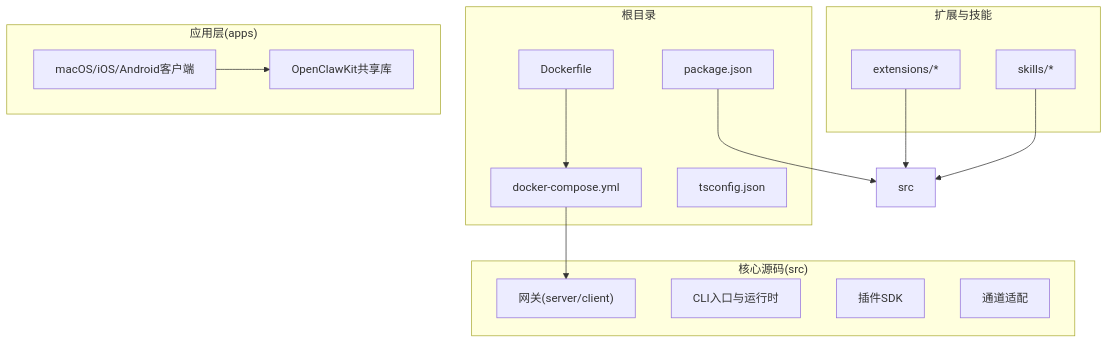
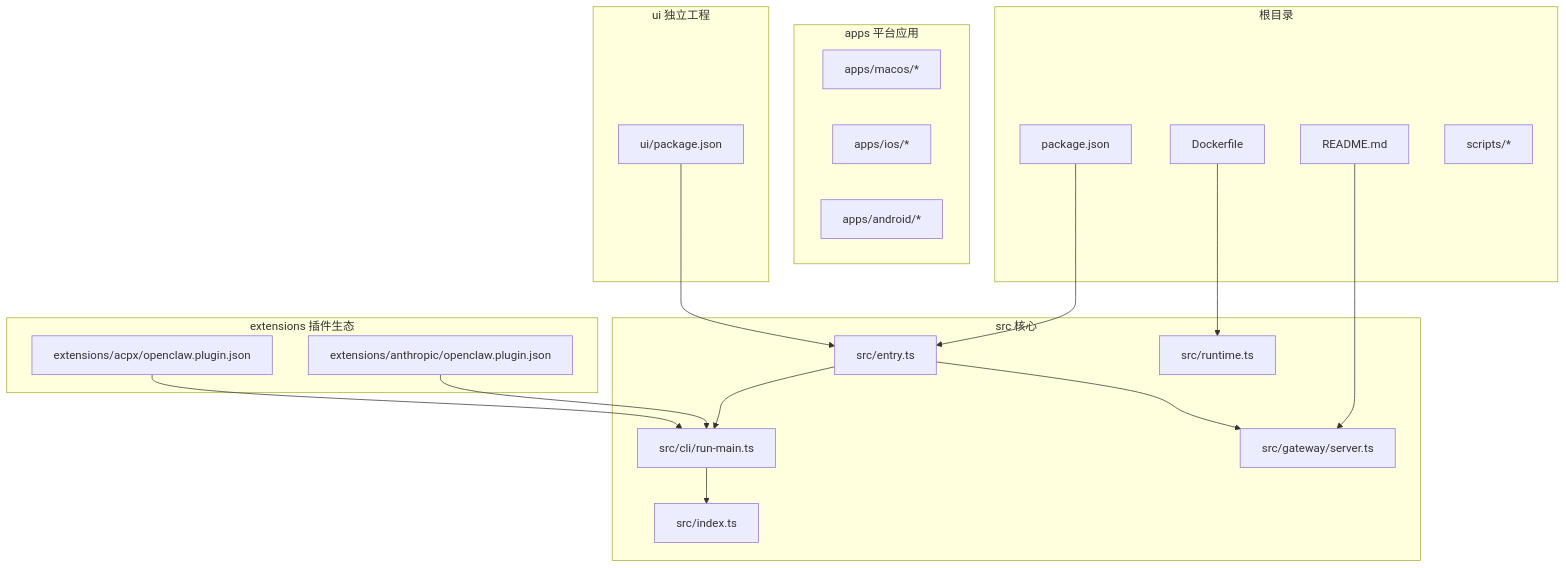
One commit to botx-work/OpenClaw-Internals changed the first of 7 diagrams in repowiki/zh/content/项目概述/技术栈.md. Above: the diagram before and after it, drawn with Mermaid. The commit also changed other lines of this file and 542 other files, not shown here.

````diff
--- a/repowiki/zh/content/项目概述/技术栈.md
+++ b/repowiki/zh/content/项目概述/技术栈.md
@@ -52,29 +54,37 @@
 ```mermaid
 graph TB
 subgraph "根目录"
 pkg["package.json"]
-dockerfile["Dockerfile"]
-dockercompose["docker-compose.yml"]
-tsconfig["tsconfig.json"]
+docker["Dockerfile"]
+readme["README.md"]
+scripts["scripts/*"]
 end
-subgraph "核心源码(src)"
-gateway["网关(server/client)"]
-cli["CLI入口与运行时"]
-pluginsdk["插件SDK"]
-channels["通道适配"]
+subgraph "src 核心"
+entry["src/entry.ts"]
+runtime["src/runtime.ts"]
+index_ts["src/index.ts"]
+cli_run["src/cli/run-main.ts"]
+gw_srv["src/gateway/server.ts"]
 end
-subgraph "扩展与技能"
-extensions["extensions/*"]
-skills["skills/*"]
+subgraph "extensions 插件生态"
+acpx["extensions/acpx/openclaw.plugin.json"]
+anthropic["extensions/anthropic/openclaw.plugin.json"]
 end
-subgraph "应用层(apps)"
-macos["macOS/iOS/Android客户端"]
-sharedkit["OpenClawKit共享库"]
+subgraph "apps 平台应用"
+macos_app["apps/macos/*"]
+ios_app["apps/ios/*"]
+android_app["apps/android/*"]
 end
-pkg --> src
-dockerfile --> dockercompose
-dockercompose --> gateway
-extensions --> src
-skills --> src
-macos --> sharedkit
+subgraph "ui 独立工程"
+ui_pkg["ui/package.json"]
+end
+pkg --> entry
+entry --> cli_run
+entry --> gw_srv
+cli_run --> index_ts
+docker --> runtime
+readme --> gw_srv
+acpx --> cli_run
+anthropic --> cli_run
+ui_pkg --> entry
 ```
````
